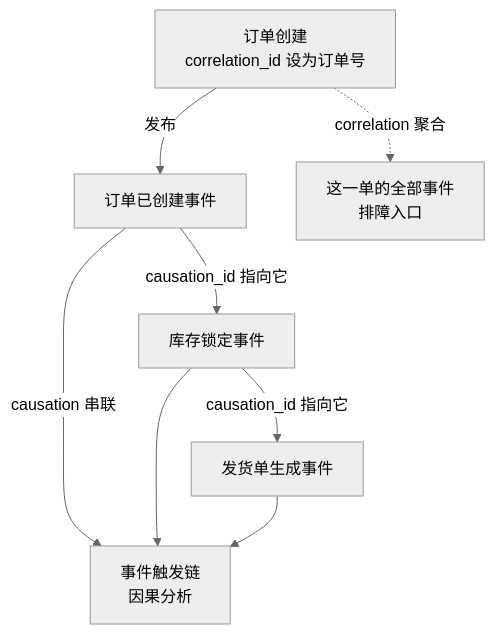
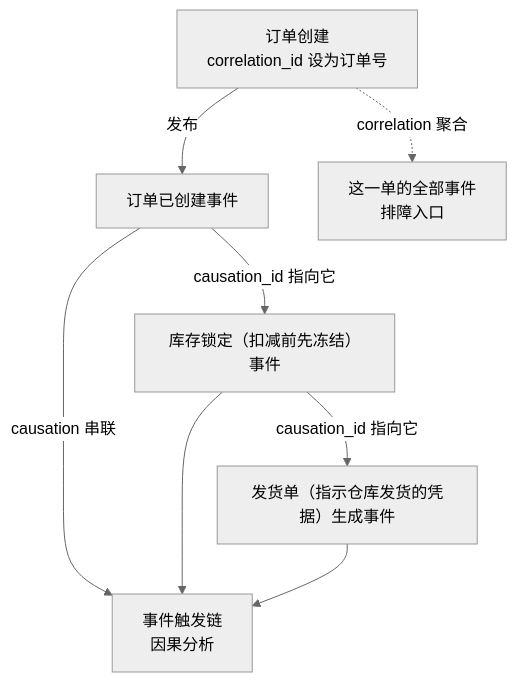
One commit to hub138/technical-knowledge changed the second of 2 diagrams in vault/工程知识/后端系统：在并发、失败与变化中维持服务/服务设计/事件驱动架构的解耦代价：最终一致与可追溯性.md. Above: the diagram before and after it, drawn with Mermaid (neutral theme). The commit also changed other lines of this file and 622 other files, not shown here.

````diff
--- a/vault/工程知识/后端系统：在并发、失败与变化中维持服务/服务设计/事件驱动架构的解耦代价：最终一致与可追溯性.md
+++ b/vault/工程知识/后端系统：在并发、失败与变化中维持服务/服务设计/事件驱动架构的解耦代价：最终一致与可追溯性.md
@@ -44,10 +76,10 @@
 ```mermaid
 graph TD
     O["订单创建<br/>correlation_id 设为订单号"] -->|"发布"| E1["订单已创建事件"]
-    E1 -->|"causation_id 指向它"| E2["库存锁定事件"]
-    E2 -->|"causation_id 指向它"| E3["发货单生成事件"]
+    E1 -->|"causation_id 指向它"| E2["库存锁定（扣减前先冻结）事件"]
+    E2 -->|"causation_id 指向它"| E3["发货单（指示仓库发货的凭据）生成事件"]
     O -.->|"correlation 聚合"| S["这一单的全部事件<br/>排障入口"]
     E1 -->|"causation 串联"| C["事件触发链<br/>因果分析"]
     E2 --> C
     E3 --> C
 ```
````
